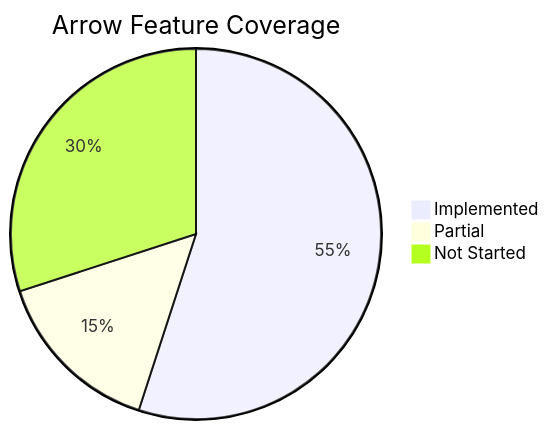
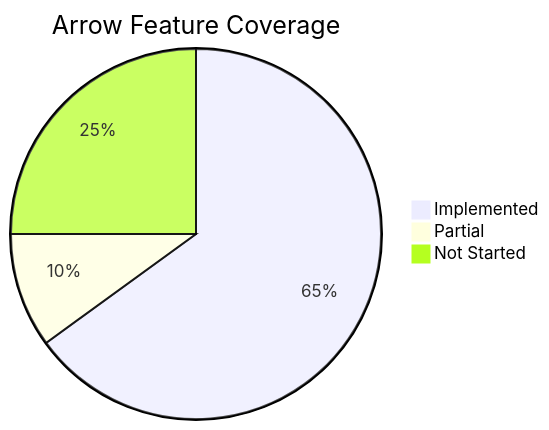
The first of 2 diagrams in docs/specs/arrow-implementation-plan.md (alexanderop/excalidrawNuxt), drawn with Mermaid before and after one commit. The commit also changed other lines of this file and 74 other files, not shown here.

````diff
--- a/docs/specs/arrow-implementation-plan.md
+++ b/docs/specs/arrow-implementation-plan.md
@@ -13,6 +13,6 @@
 ```mermaid
 pie title Arrow Feature Coverage
-    "Implemented" : 55
-    "Partial" : 15
-    "Not Started" : 30
+    "Implemented" : 65
+    "Partial" : 10
+    "Not Started" : 25
 ```
````
